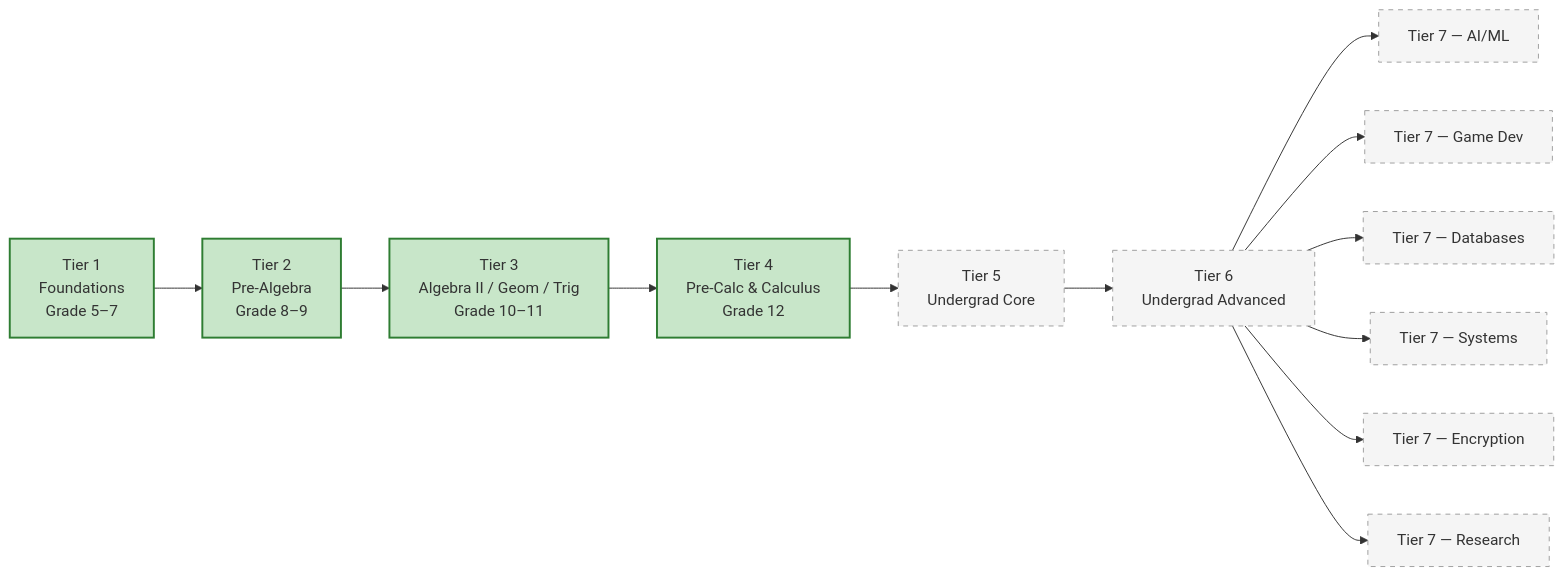
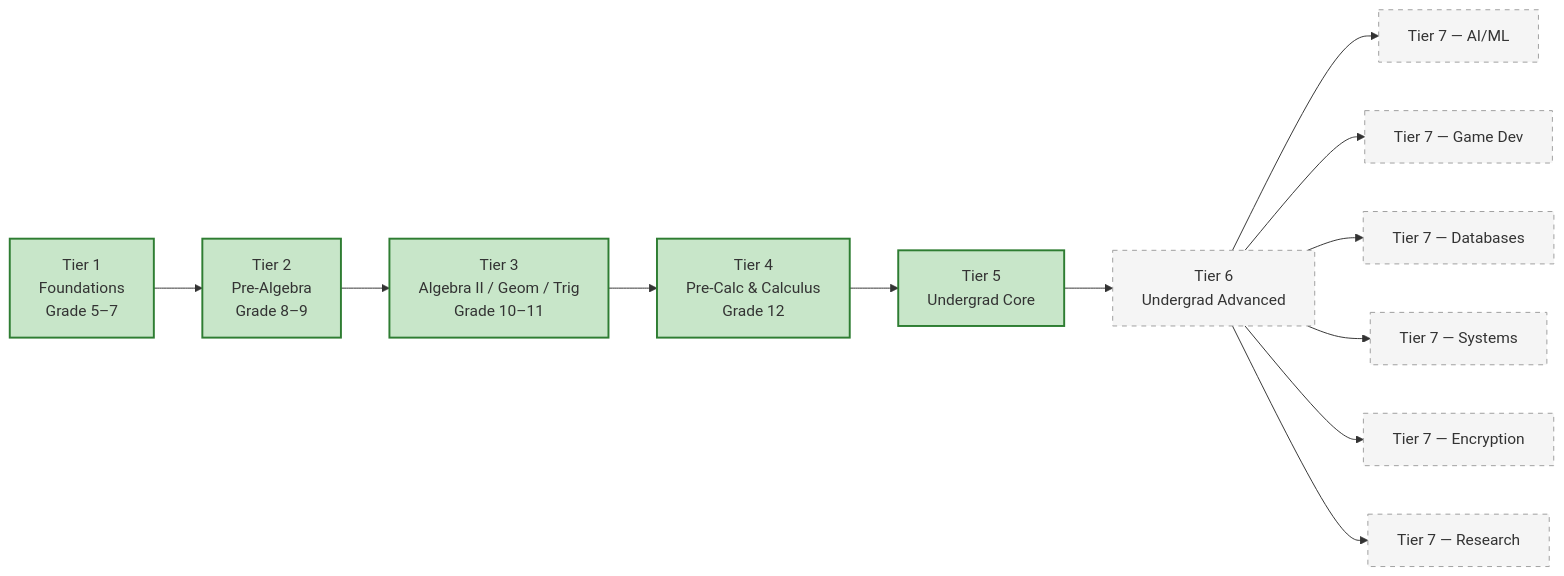
One commit to rajeshpillai/applied-maths changed the diagram in index.qmd. Above: the diagram before and after it, drawn with Mermaid. The commit also changed other lines of this file and 5 other files, not shown here.

````diff
--- a/index.qmd
+++ b/index.qmd
@@ -77,19 +77,19 @@
 ```{mermaid}
 flowchart LR
     T1["Tier 1<br/>Foundations<br/>Grade 5–7"] --> T2["Tier 2<br/>Pre-Algebra<br/>Grade 8–9"]
     T2 --> T3["Tier 3<br/>Algebra II / Geom / Trig<br/>Grade 10–11"]
     T3 --> T4["Tier 4<br/>Pre-Calc & Calculus<br/>Grade 12"]
     T4 --> T5["Tier 5<br/>Undergrad Core"]
     T5 --> T6["Tier 6<br/>Undergrad Advanced"]
     T6 --> T7AI["Tier 7 — AI/ML"]
     T6 --> T7GD["Tier 7 — Game Dev"]
     T6 --> T7DB["Tier 7 — Databases"]
     T6 --> T7SY["Tier 7 — Systems"]
     T6 --> T7EN["Tier 7 — Encryption"]
     T6 --> T7RE["Tier 7 — Research"]
 
     classDef builtTier fill:#c8e6c9,stroke:#2e7d32,stroke-width:2px
     classDef plannedTier fill:#f5f5f5,stroke:#9e9e9e,stroke-dasharray: 5 5
-    class T1,T2,T3,T4 builtTier
-    class T5,T6,T7AI,T7GD,T7DB,T7SY,T7EN,T7RE plannedTier
+    class T1,T2,T3,T4,T5 builtTier
+    class T6,T7AI,T7GD,T7DB,T7SY,T7EN,T7RE plannedTier
 ```
````
